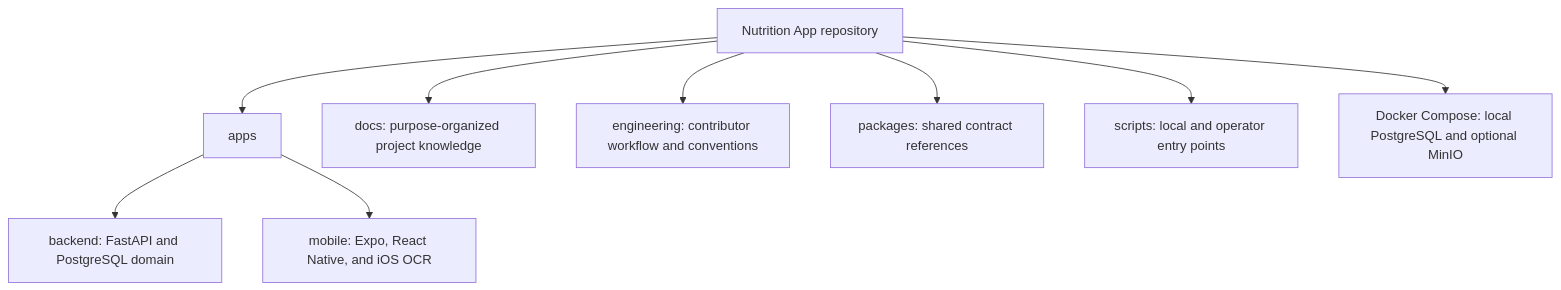
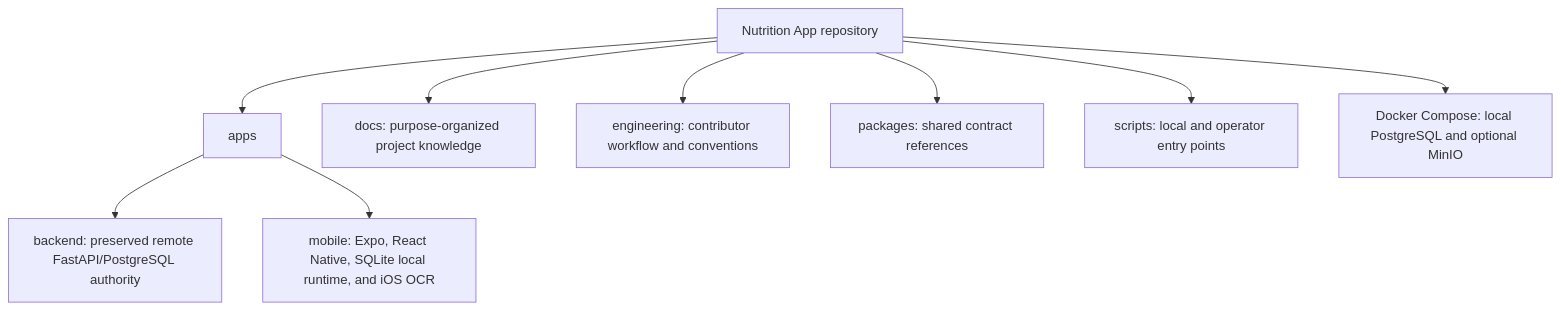
Before and after one commit to MitCaine/Nutrition-App: the first of 2 diagrams in README.md, drawn with Mermaid. The commit also changed other lines of this file and 13 other files, not shown here.

````diff
--- a/README.md
+++ b/README.md
@@ -16,11 +19,11 @@
 ```mermaid
 flowchart TD
     Repo["Nutrition App repository"] --> Apps["apps"]
-    Apps --> Backend["backend: FastAPI and PostgreSQL domain"]
-    Apps --> Mobile["mobile: Expo, React Native, and iOS OCR"]
+    Apps --> Backend["backend: preserved remote FastAPI/PostgreSQL authority"]
+    Apps --> Mobile["mobile: Expo, React Native, SQLite local runtime, and iOS OCR"]
     Repo --> Docs["docs: purpose-organized project knowledge"]
     Repo --> Engineering["engineering: contributor workflow and conventions"]
     Repo --> Packages["packages: shared contract references"]
     Repo --> Scripts["scripts: local and operator entry points"]
     Repo --> Compose["Docker Compose: local PostgreSQL and optional MinIO"]
 ```
````
